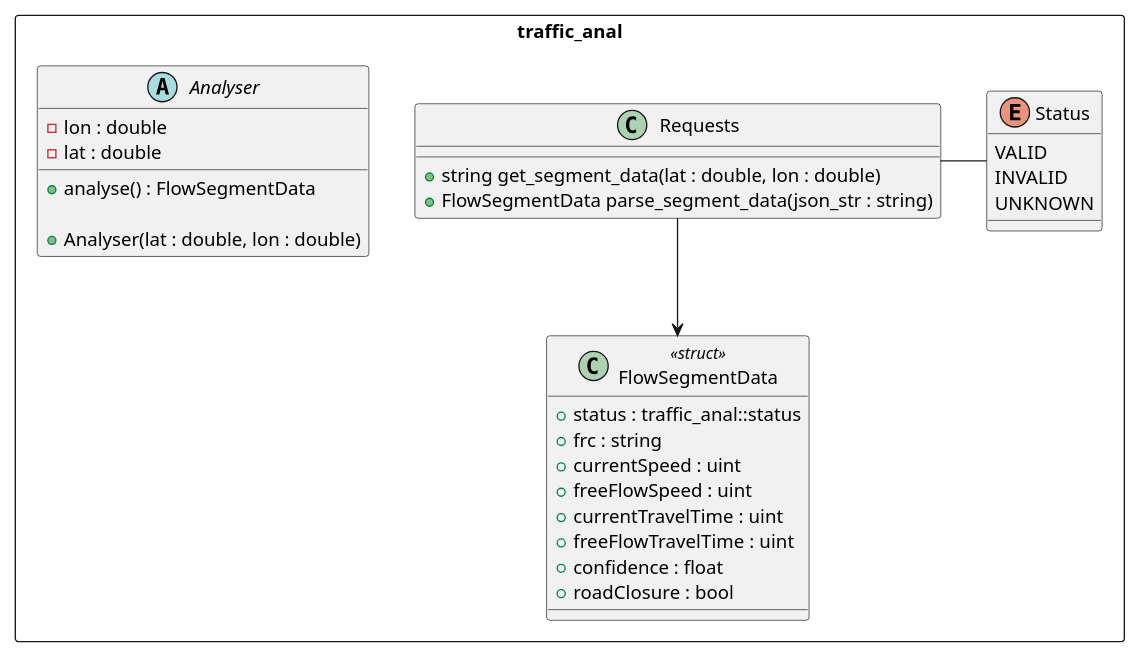
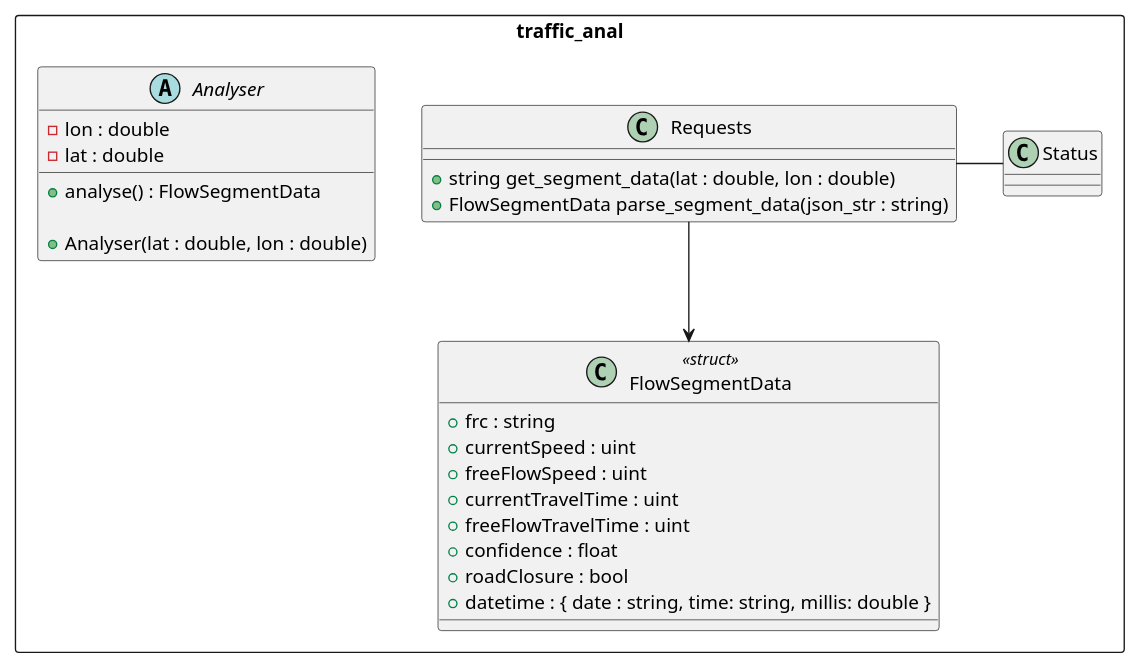
One commit to A-A-Tel/TrafficAnal-CPP changed the diagram in doc/class.puml. Above: the diagram before and after it, drawn with PlantUML. The commit also changed 8 other files, not shown here.

Commit message:
modified flowsegmentdata parsing and structure

```diff
--- a/doc/class.puml
+++ b/doc/class.puml
@@ -1,42 +1,36 @@
 @startuml
 scale 750 width
 set separator ::
 
 namespace traffic_anal <<Rectangle>> {
-
-	enum Status {
-		VALID
-		INVALID
-		UNKNOWN
-	}
 
 	class Requests {
 		+string get_segment_data(lat : double, lon : double)
 		+FlowSegmentData parse_segment_data(json_str : string)
 	}
 
 	class FlowSegmentData <<struct>> {
-		+status : traffic_anal::status
 		+frc : string
 		+currentSpeed : uint
 		+freeFlowSpeed : uint
 		+currentTravelTime : uint
 		+freeFlowTravelTime : uint
 		+confidence : float
 		+roadClosure : bool
+		+datetime : { date : string, time: string, millis: double }
 	}
 
 	abstract class Analyser {
 		+analyse() : FlowSegmentData
 
 		+Analyser(lat : double, lon : double)
 
 		-lon : double
 		-lat : double
 	}
 }
 
 traffic_anal::Requests --> traffic_anal::FlowSegmentData
 traffic_anal::Requests - traffic_anal::Status
 
 @enduml
```
